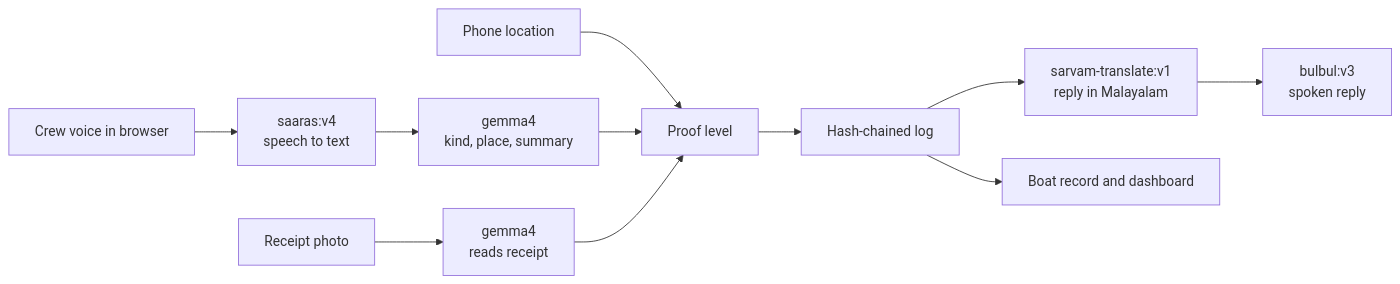
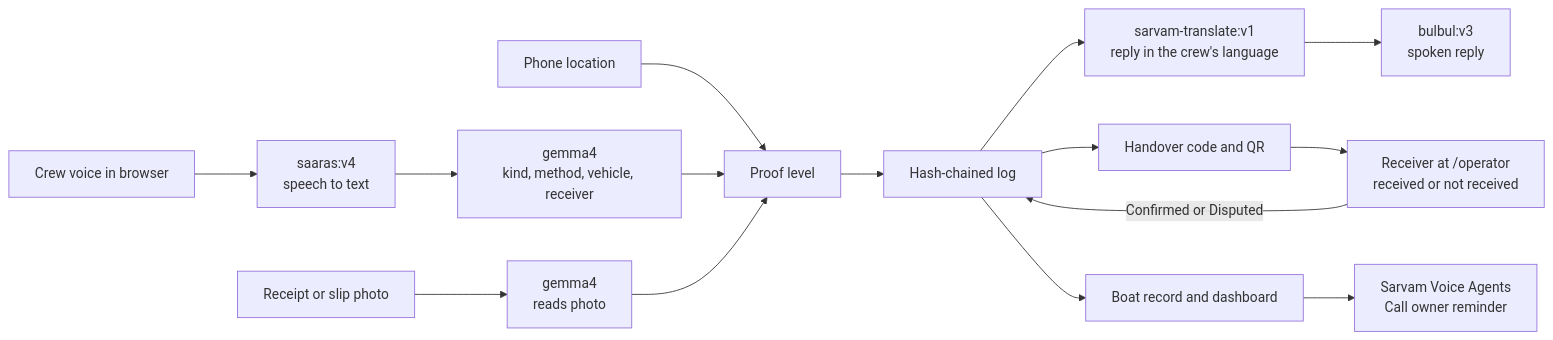
The diagram in README.md (Ajaneeshwar/kayal), drawn with Mermaid before and after one commit. The commit also changed other lines of this file and 3 other files, not shown here.

````diff
--- a/README.md
+++ b/README.md
@@ -80,13 +113,17 @@
 ```mermaid
 flowchart LR
     A[Crew voice in browser] --> B[saaras:v4<br/>speech to text]
-    B --> C[gemma4<br/>kind, place, summary]
+    B --> C[gemma4<br/>kind, method, vehicle, receiver]
     P[Phone location] --> D[Proof level]
-    R[Receipt photo] --> E[gemma4<br/>reads receipt]
+    R[Receipt or slip photo] --> E[gemma4<br/>reads photo]
     C --> D
     E --> D
     D --> F[Hash-chained log]
-    F --> G[sarvam-translate:v1<br/>reply in Malayalam]
+    F --> G["sarvam-translate:v1<br/>reply in the crew's language"]
     G --> H[bulbul:v3<br/>spoken reply]
+    F --> K[Handover code and QR]
+    K --> O["Receiver at /operator<br/>received or not received"]
+    O -->|Confirmed or Disputed| F
     F --> I[Boat record and dashboard]
+    I --> V[Sarvam Voice Agents<br/>Call owner reminder]
 ```
````
